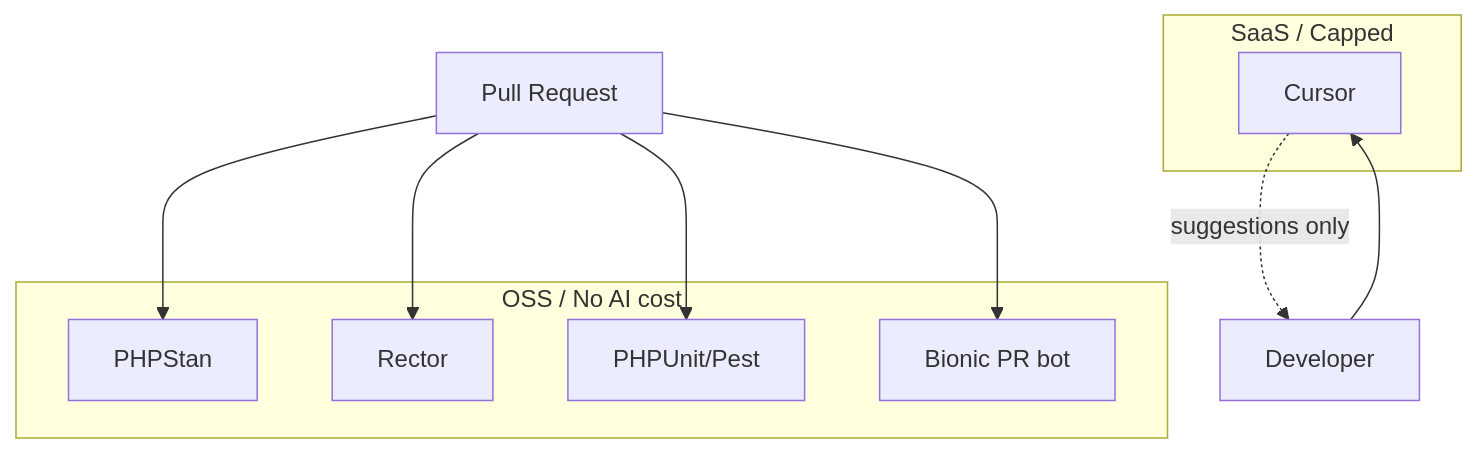
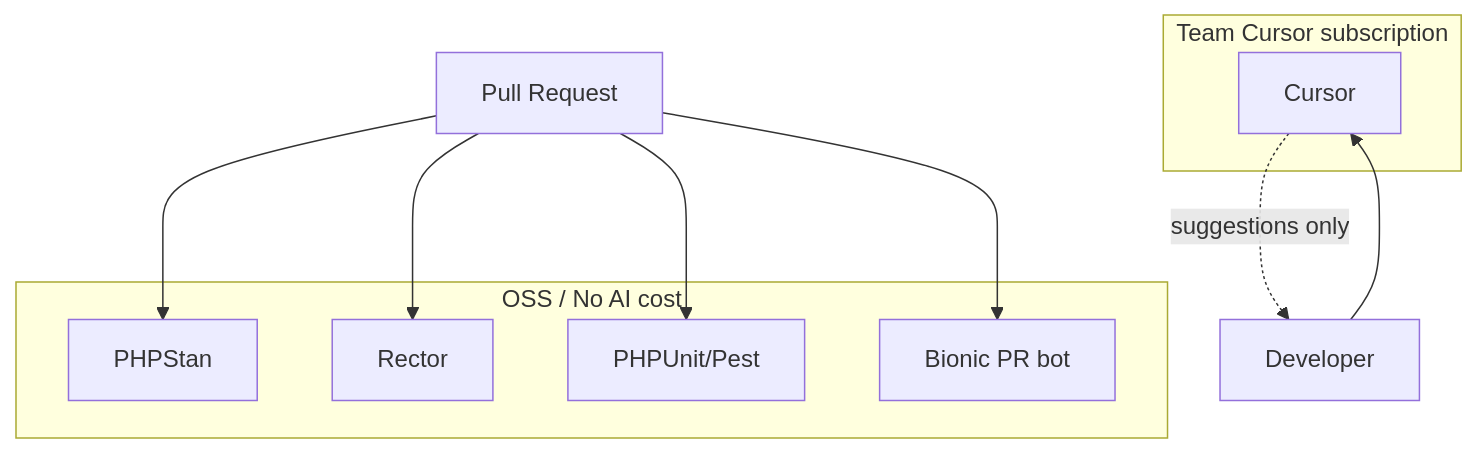
The diagram in reports/ai-augmented-dev-pipeline/07-tooling-comparison.md (digitales/dark-factory), drawn with Mermaid before and after one commit. The commit also changed other lines of this file and 10 other files, not shown here.

````diff
--- a/reports/ai-augmented-dev-pipeline/07-tooling-comparison.md
+++ b/reports/ai-augmented-dev-pipeline/07-tooling-comparison.md
@@ -23,18 +23,18 @@
 ```mermaid
 flowchart TB
   subgraph OSS[OSS / No AI cost]
     PHPStan[PHPStan]
     Rector[Rector]
     Pest[PHPUnit/Pest]
     Bionic[Bionic PR bot]
   end
-  subgraph SaaS_controlled[SaaS / Capped]
+  subgraph SaaS_controlled[Team Cursor subscription]
     Cursor[Cursor]
   end
   PR[Pull Request] --> PHPStan
   PR --> Rector
   PR --> Pest
   PR --> Bionic
   Dev[Developer] --> Cursor
   Cursor -.->|suggestions only| Dev
 ```
````
